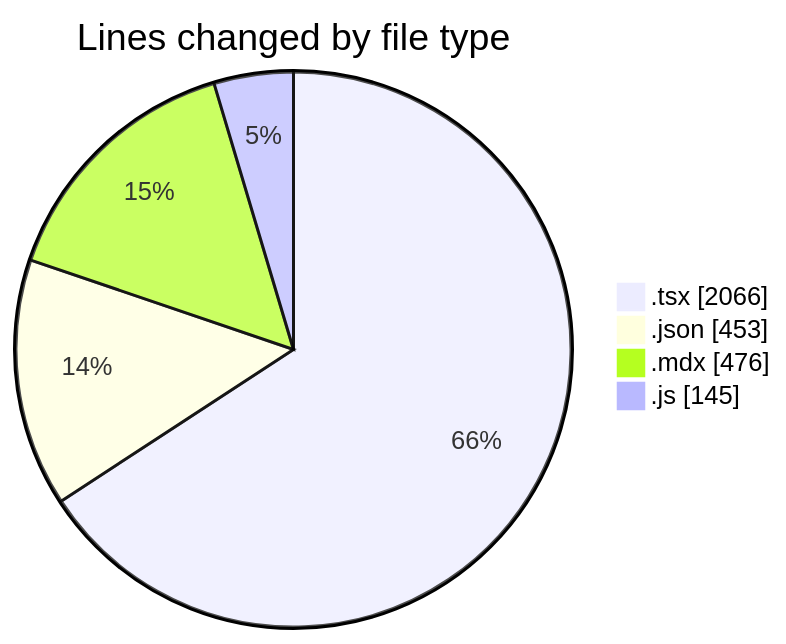
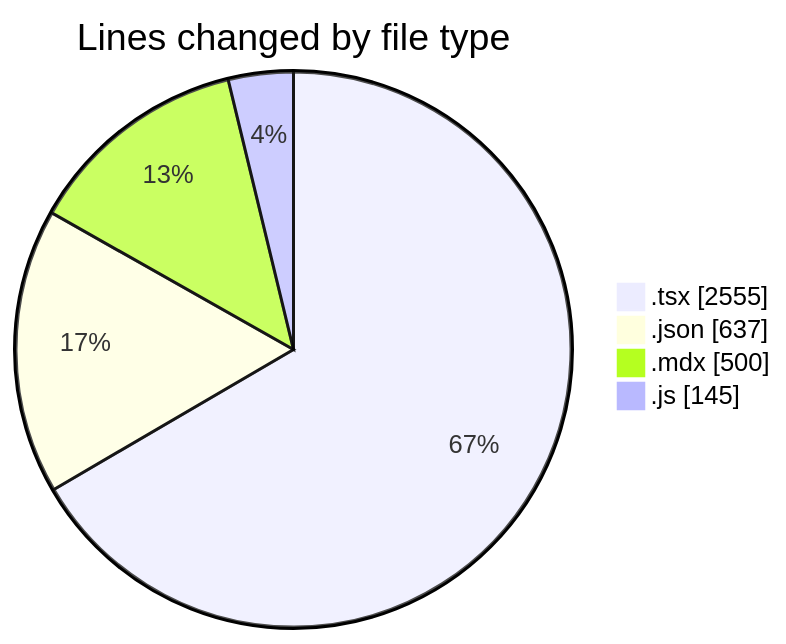
Before and after one commit to momahboobian/code-tracking: the first of 2 diagrams in 2026-01-12/cda/README.md, drawn with Mermaid. The commit also changed other lines of this file and 1 other file, not shown here.

````diff
--- a/2026-01-12/cda/README.md
+++ b/2026-01-12/cda/README.md
@@ -26,8 +26,8 @@
 ```mermaid
 pie showData
 title Lines changed by file type
-".tsx" : 2066
-".json" : 453
-".mdx" : 476
+".tsx" : 2555
+".json" : 637
+".mdx" : 500
 ".js" : 145
 ```
````
